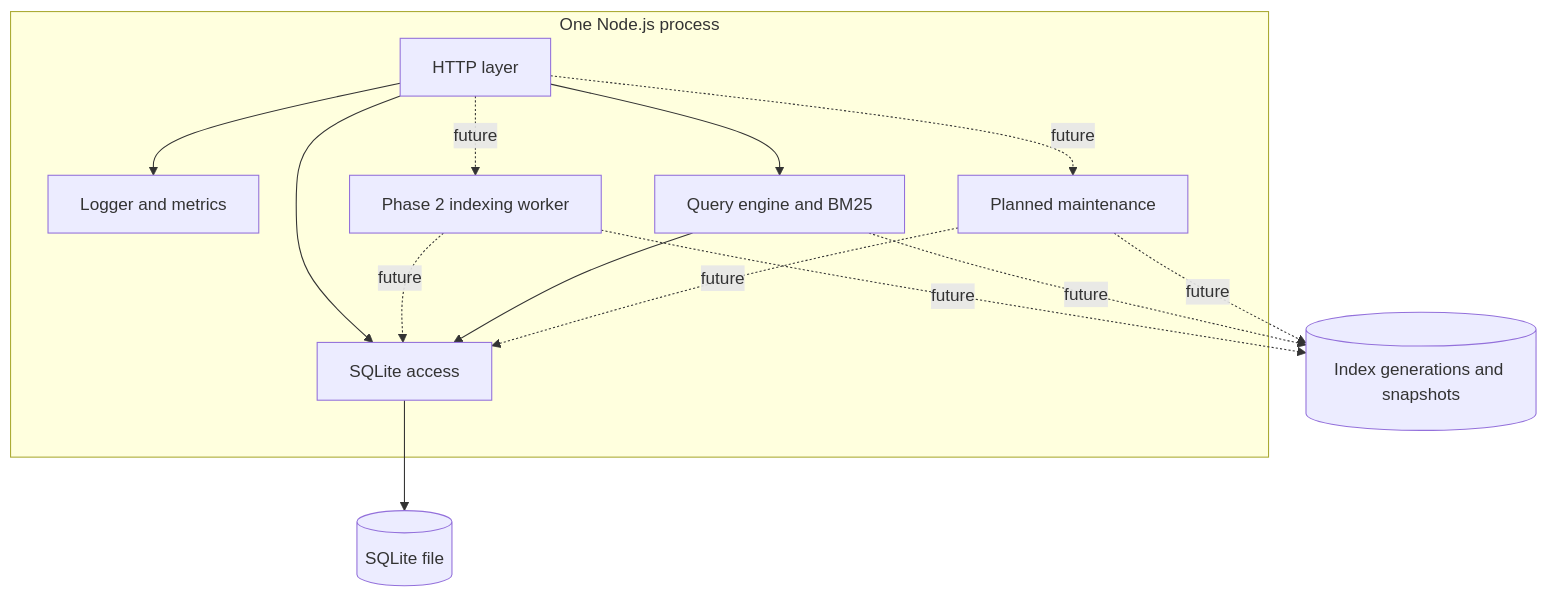
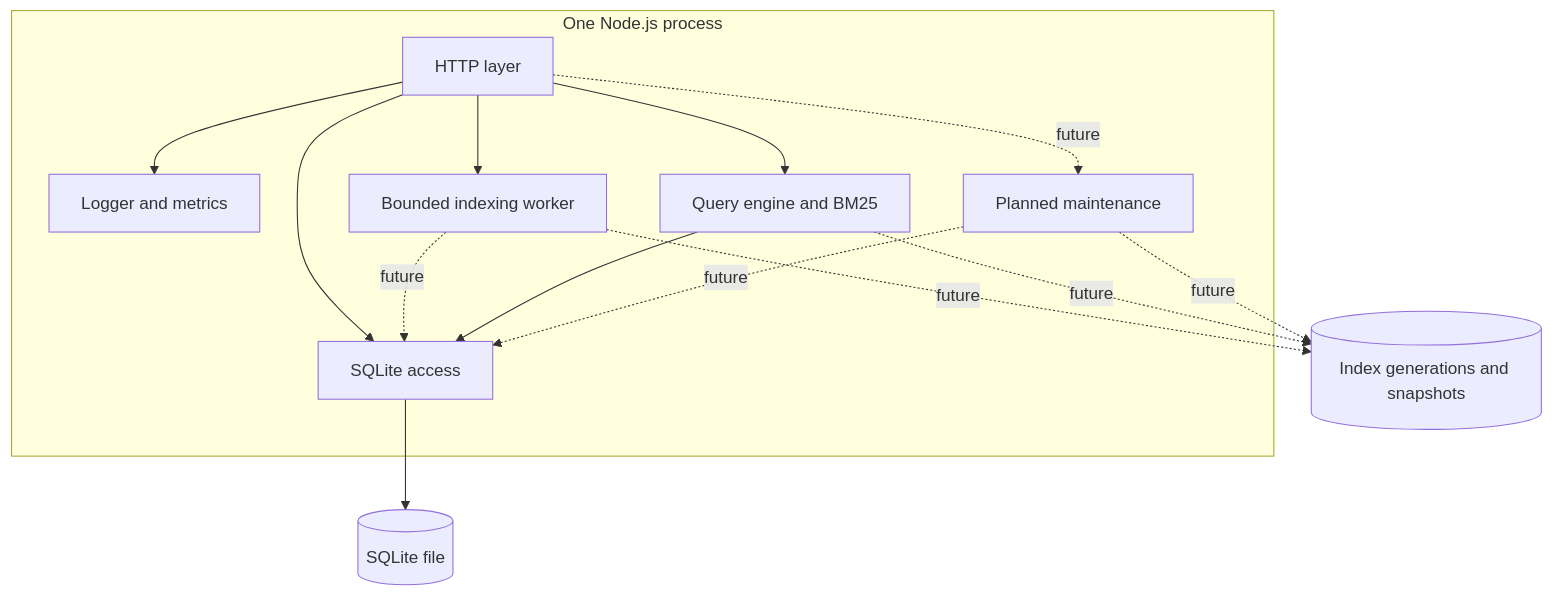
Before and after one commit to prajexec/SearchCraft: the first of 2 diagrams in docs/architecture/ARCHITECTURE.md, drawn with Mermaid. The commit also changed other lines of this file and 27 other files, not shown here.

````diff
--- a/docs/architecture/ARCHITECTURE.md
+++ b/docs/architecture/ARCHITECTURE.md
@@ -11,24 +11,24 @@
 ```mermaid
 flowchart TB
     subgraph Process[One Node.js process]
         HTTP[HTTP layer]
         Observability[Logger and metrics]
         SQLiteAccess[SQLite access]
-        Indexing[Phase 2 indexing worker]
+        Indexing[Bounded indexing worker]
         Query[Query engine and BM25]
         Maintenance[Planned maintenance]
     end
 
     HTTP --> Observability
     HTTP --> SQLiteAccess
-    HTTP -. future .-> Indexing
+    HTTP --> Indexing
     HTTP --> Query
     HTTP -. future .-> Maintenance
     Indexing -. future .-> SQLiteAccess
     Query --> SQLiteAccess
     Maintenance -. future .-> SQLiteAccess
     SQLiteAccess --> Database[(SQLite file)]
     Indexing -. future .-> Disk[(Index generations and snapshots)]
     Query -. future .-> Disk
     Maintenance -. future .-> Disk
 ```
````
